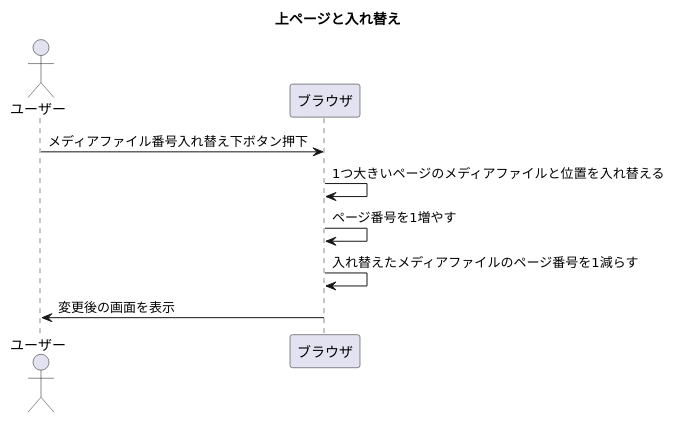
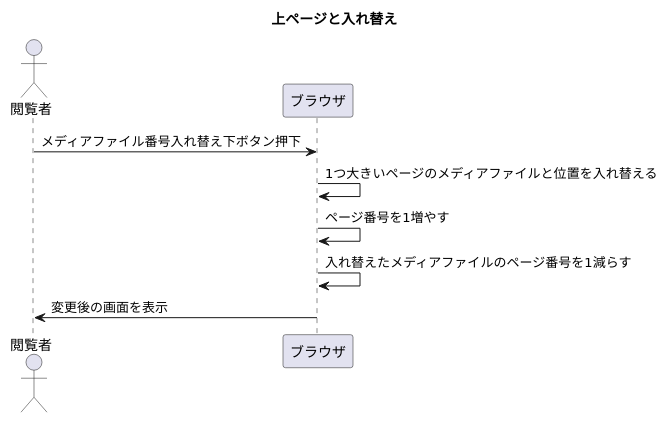
One commit to hachimitu22/MangaViewer changed the diagram in doc/6_ui/pages/メディア登録/sequence/上ページと入れ替え.puml. Above: the diagram before and after it, drawn with PlantUML. The commit also changed 39 other files, not shown here.

```diff
--- a/doc/6_ui/pages/メディア登録/sequence/上ページと入れ替え.puml
+++ b/doc/6_ui/pages/メディア登録/sequence/上ページと入れ替え.puml
@@ -1,14 +1,14 @@
 @startuml 
 
 title 上ページと入れ替え
 
-actor ユーザー
+actor 閲覧者
 participant ブラウザ
 
-ユーザー -> ブラウザ: メディアファイル番号入れ替え下ボタン押下
+閲覧者 -> ブラウザ: メディアファイル番号入れ替え下ボタン押下
 ブラウザ -> ブラウザ: 1つ大きいページのメディアファイルと位置を入れ替える
 ブラウザ -> ブラウザ: ページ番号を1増やす
 ブラウザ -> ブラウザ: 入れ替えたメディアファイルのページ番号を1減らす
-ユーザー <- ブラウザ: 変更後の画面を表示
+閲覧者 <- ブラウザ: 変更後の画面を表示
 
 @enduml
```
